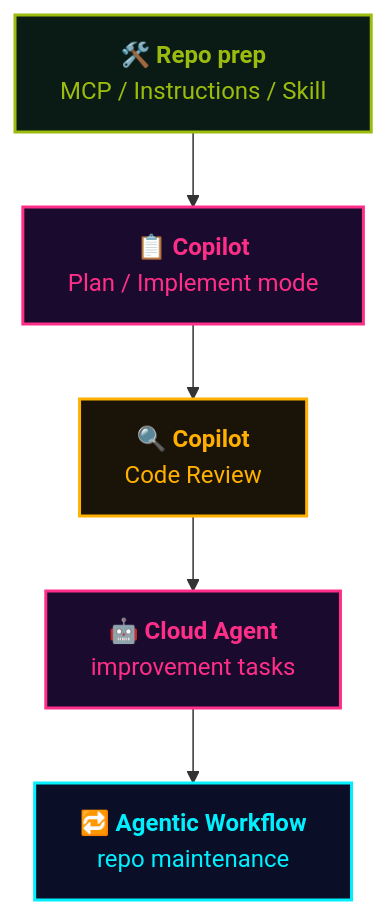
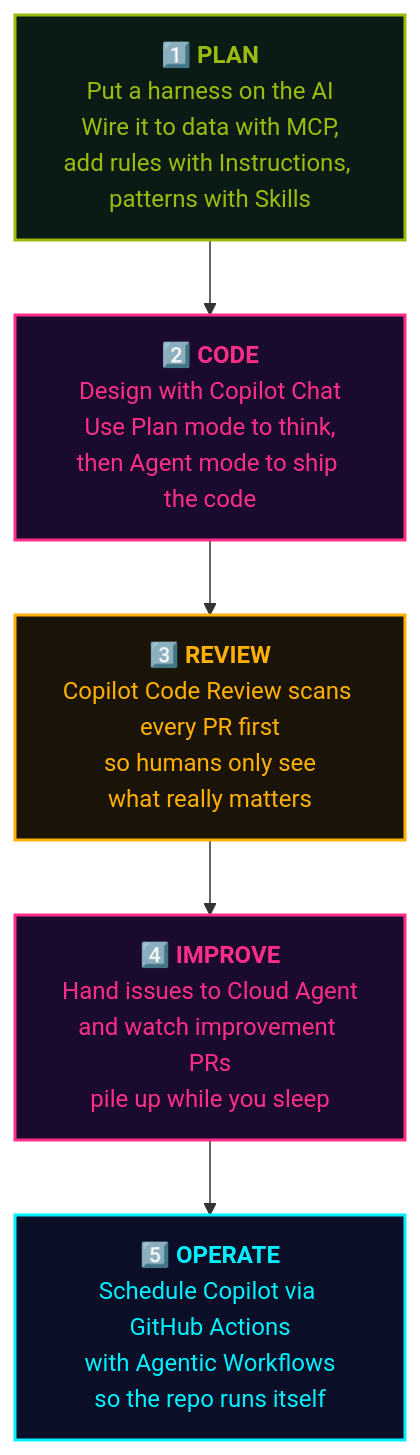
The diagram in src/content/playbook/en/hands-on.md (theomonfort/theomonfort), drawn with Mermaid before and after one commit. The commit also changed other lines of this file and 13 other files, not shown here.

````diff
--- a/src/content/playbook/en/hands-on.md
+++ b/src/content/playbook/en/hands-on.md
@@ -58,19 +50,19 @@
 ```mermaid
 flowchart TB
-  Prep["🛠️ <b>Repo prep</b><br/>MCP / Instructions / Skill"]
-  Plan["📋 <b>Copilot</b><br/>Plan / Implement mode"]
-  Review["🔍 <b>Copilot</b><br/>Code Review"]
-  Improve["🤖 <b>Cloud Agent</b><br/>improvement tasks"]
-  Maint["🔁 <b>Agentic Workflow</b><br/>repo maintenance"]
+  Plan["1️⃣ <b>PLAN</b><br/>Put a harness on the AI<br/>Wire it to data with MCP,<br/>add rules with Instructions, patterns with Skills"]
+  Code["2️⃣ <b>CODE</b><br/>Design with Copilot Chat<br/>Use Plan mode to think,<br/>then Agent mode to ship the code"]
+  Review["3️⃣ <b>REVIEW</b><br/>Copilot Code Review scans every PR first<br/>so humans only see<br/>what really matters"]
+  Improve["4️⃣ <b>IMPROVE</b><br/>Hand issues to Cloud Agent<br/>and watch improvement PRs<br/>pile up while you sleep"]
+  Operate["5️⃣ <b>OPERATE</b><br/>Schedule Copilot via GitHub Actions<br/>with Agentic Workflows<br/>so the repo runs itself"]
 
-  Prep --> Plan --> Review --> Improve --> Maint
+  Plan --> Code --> Review --> Improve --> Operate
 
   classDef prep fill:#0a1a14,stroke:#9bbc0f,color:#9bbc0f,stroke-width:2px
   classDef dev  fill:#1a0a2e,stroke:#ff2e88,color:#ff2e88,stroke-width:2px
   classDef rev  fill:#1a1408,stroke:#ffb000,color:#ffb000,stroke-width:2px
   classDef ops  fill:#0a0e27,stroke:#00f0ff,color:#00f0ff,stroke-width:2px
-  class Prep prep
-  class Plan,Improve dev
+  class Plan prep
+  class Code,Improve dev
   class Review rev
-  class Maint ops
+  class Operate ops
 ```
````
